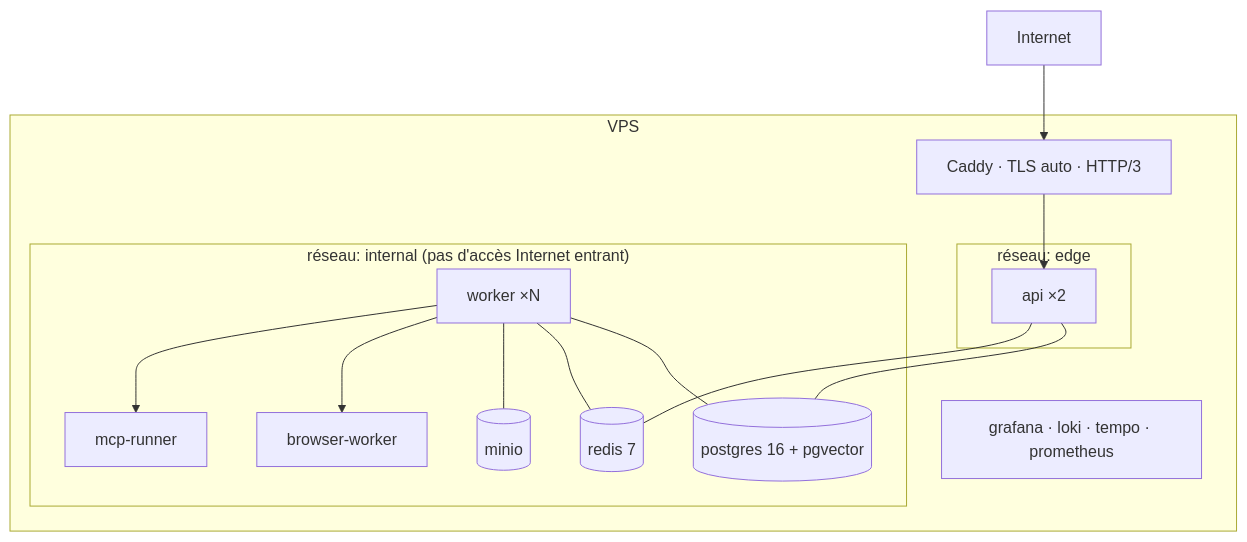
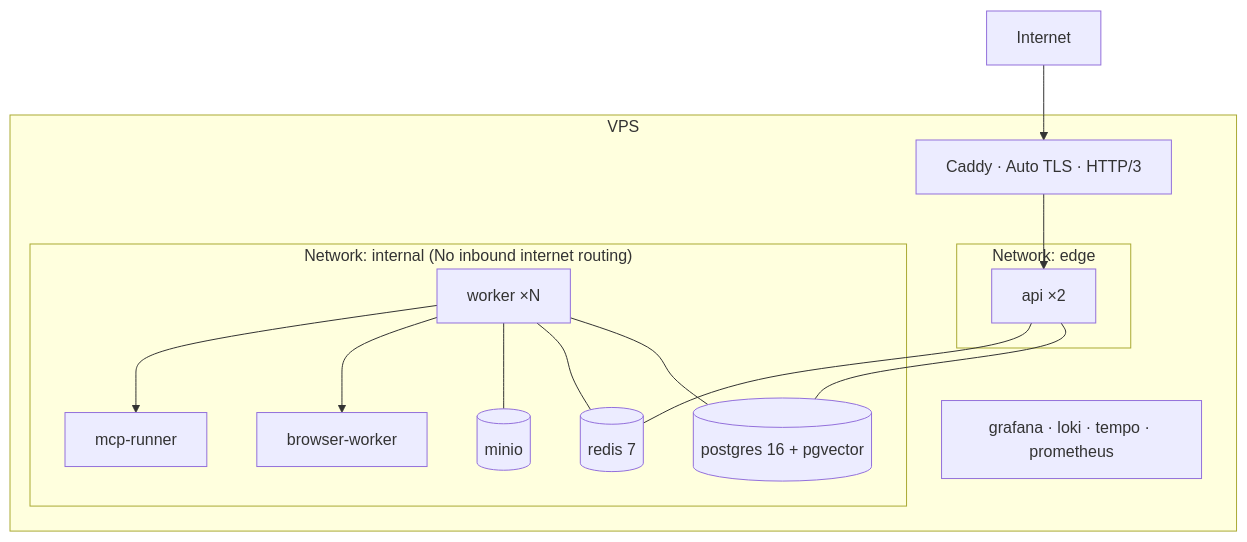
The diagram in docs/architecture/14-deployment.md (adlanehzx/Nexus), drawn with Mermaid before and after one commit. The commit also changed other lines of this file and 44 other files, not shown here.

````diff
--- a/docs/architecture/14-deployment.md
+++ b/docs/architecture/14-deployment.md
@@ -13,22 +13,22 @@
 ```mermaid
 flowchart TB
   subgraph VPS
-    CADDY[Caddy · TLS auto · HTTP/3]
-    subgraph net_public["réseau: edge"]
+    CADDY[Caddy · Auto TLS · HTTP/3]
+    subgraph net_public["Network: edge"]
       API1[api ×2]
     end
-    subgraph net_internal["réseau: internal (pas d'accès Internet entrant)"]
+    subgraph net_internal["Network: internal (No inbound internet routing)"]
       WK[worker ×N]
       BW[browser-worker]
       MCP[mcp-runner]
       PG[(postgres 16 + pgvector)]
       RD[(redis 7)]
       MINIO[(minio)]
     end
     OBS[grafana · loki · tempo · prometheus]
   end
   Internet --> CADDY --> API1
   API1 --- PG & RD
   WK --- PG & RD & MINIO
   WK --> BW & MCP
 ```
````
